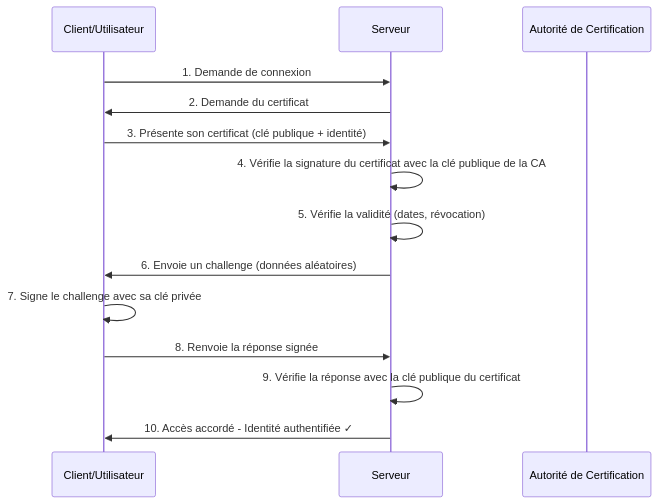
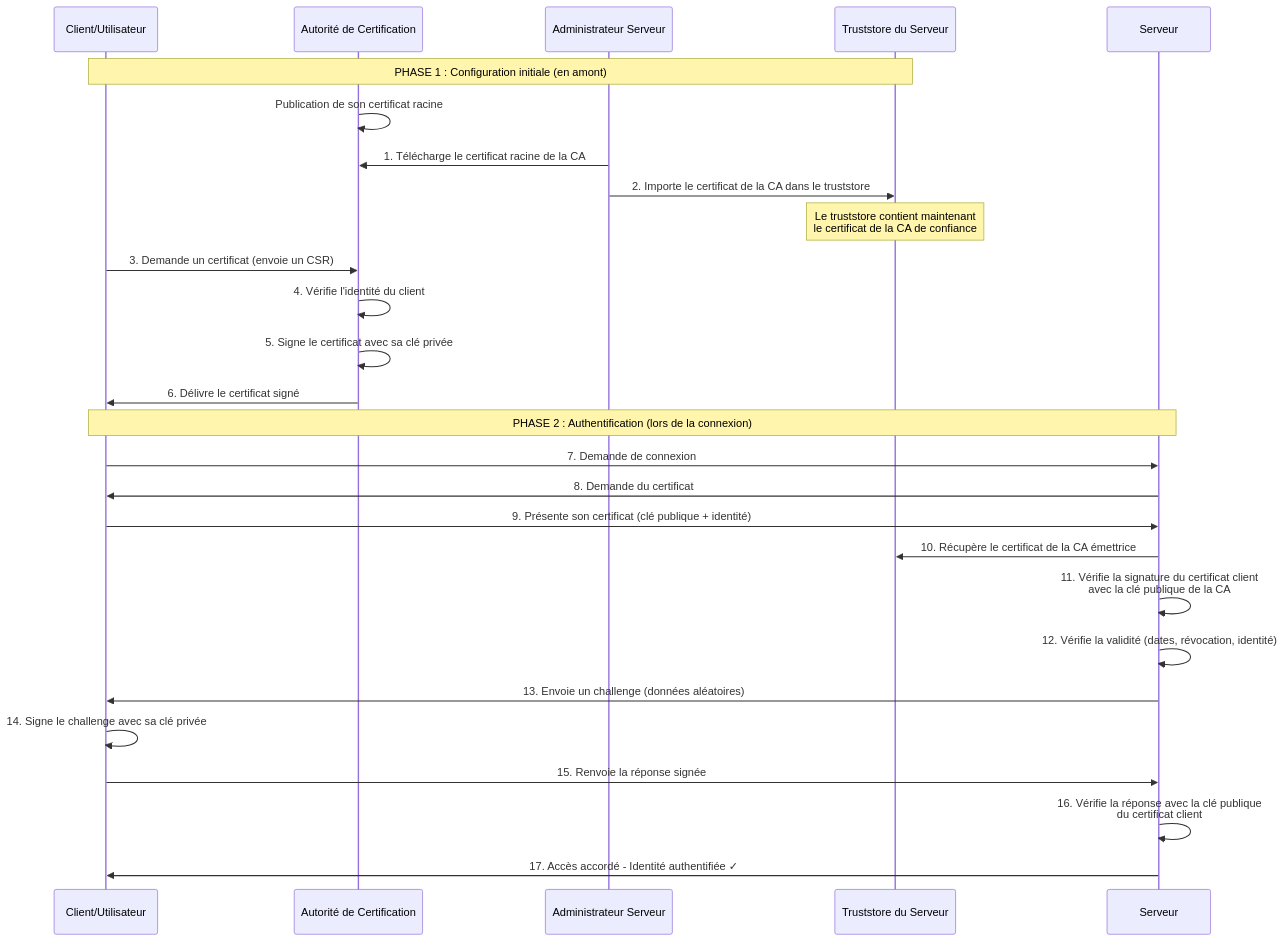
Before and after one commit to acoudene/SecurityAndEncryption: the second of 4 diagrams in CertificateManagement/Readme.md, drawn with Mermaid.

Commit message:
Correction on authentication diagram

````diff
--- a/CertificateManagement/Readme.md
+++ b/CertificateManagement/Readme.md
@@ -145,17 +145,34 @@
 ```mermaid
 sequenceDiagram
     participant Client as Client/Utilisateur
+    participant CA as Autorité de Certification
+    participant Admin as Administrateur Serveur
+    participant Truststore as Truststore du Serveur
     participant Serveur as Serveur
-    participant CA as Autorité de Certification
     
-    Client->>Serveur: 1. Demande de connexion
-    Serveur->>Client: 2. Demande du certificat
-    Client->>Serveur: 3. Présente son certificat (clé publique + identité)
-    Serveur->>Serveur: 4. Vérifie la signature du certificat avec la clé publique de la CA
-    Serveur->>Serveur: 5. Vérifie la validité (dates, révocation)
-    Serveur->>Client: 6. Envoie un challenge (données aléatoires)
-    Client->>Client: 7. Signe le challenge avec sa clé privée
-    Client->>Serveur: 8. Renvoie la réponse signée
-    Serveur->>Serveur: 9. Vérifie la réponse avec la clé publique du certificat
-    Serveur->>Client: 10. Accès accordé - Identité authentifiée ✓
+    Note over Client,Truststore: PHASE 1 : Configuration initiale (en amont)
+    
+    CA->>CA: Publication de son certificat racine
+    Admin->>CA: 1. Télécharge le certificat racine de la CA
+    Admin->>Truststore: 2. Importe le certificat de la CA dans le truststore
+    Note over Truststore: Le truststore contient maintenant<br/>le certificat de la CA de confiance
+    
+    Client->>CA: 3. Demande un certificat (envoie un CSR)
+    CA->>CA: 4. Vérifie l'identité du client
+    CA->>CA: 5. Signe le certificat avec sa clé privée
+    CA->>Client: 6. Délivre le certificat signé
+    
+    Note over Client,Serveur: PHASE 2 : Authentification (lors de la connexion)
+    
+    Client->>Serveur: 7. Demande de connexion
+    Serveur->>Client: 8. Demande du certificat
+    Client->>Serveur: 9. Présente son certificat (clé publique + identité)
+    Serveur->>Truststore: 10. Récupère le certificat de la CA émettrice
+    Serveur->>Serveur: 11. Vérifie la signature du certificat client<br/>avec la clé publique de la CA
+    Serveur->>Serveur: 12. Vérifie la validité (dates, révocation, identité)
+    Serveur->>Client: 13. Envoie un challenge (données aléatoires)
+    Client->>Client: 14. Signe le challenge avec sa clé privée
+    Client->>Serveur: 15. Renvoie la réponse signée
+    Serveur->>Serveur: 16. Vérifie la réponse avec la clé publique<br/>du certificat client
+    Serveur->>Client: 17. Accès accordé - Identité authentifiée ✓
 ```
````
